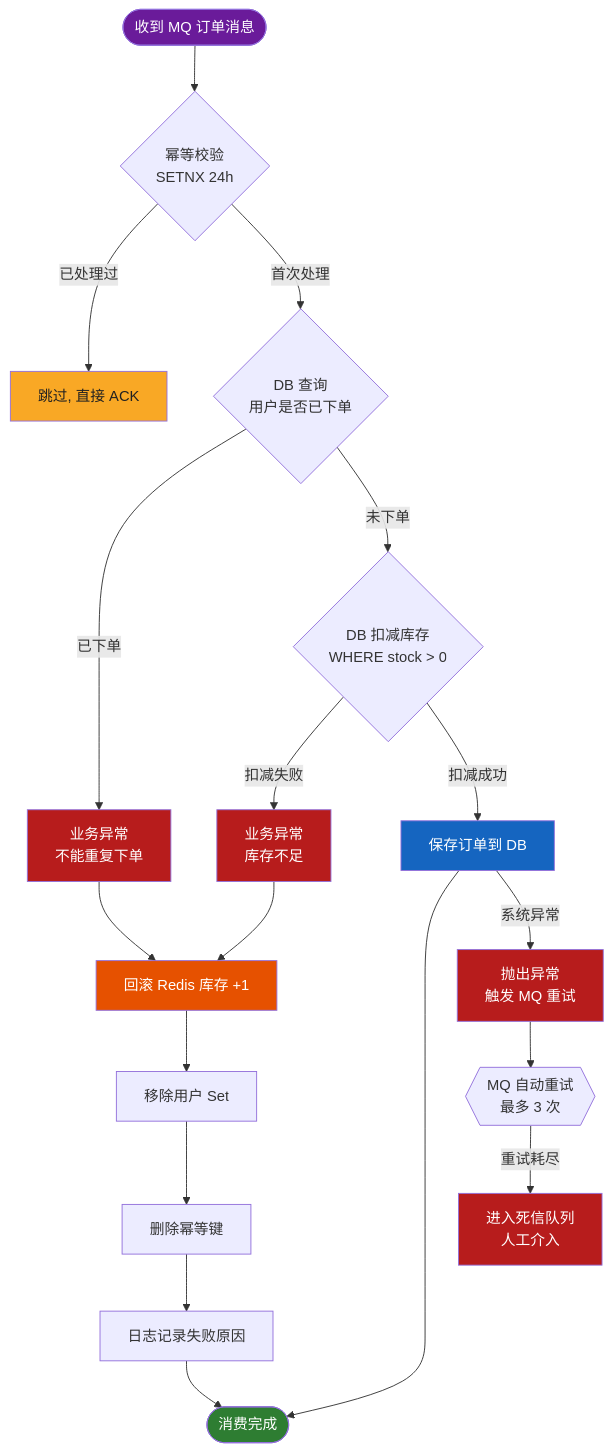
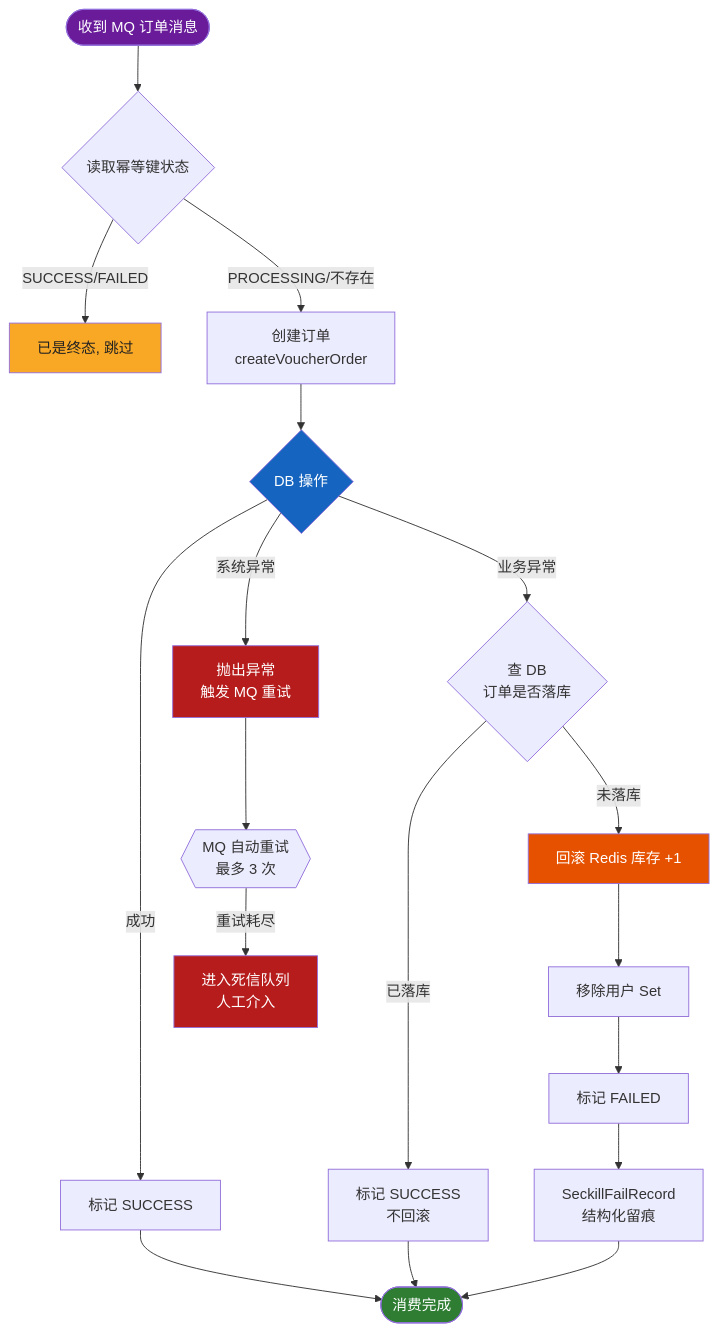
The third of 3 diagrams in README.md (Shardkiht/FlashDeal), drawn with Mermaid before and after one commit. The commit also changed other lines of this file and 7 other files, not shown here.

````diff
--- a/README.md
+++ b/README.md
@@ -175,34 +176,31 @@
 ```mermaid
 flowchart TD
-    MSG([收到 MQ 订单消息]) --> IDEM{幂等校验<br/>SETNX 24h}
-    IDEM -->|已处理过| SKIP[跳过, 直接 ACK]
-    IDEM -->|首次处理| DBCHECK{DB 查询<br/>用户是否已下单}
+    MSG([收到 MQ 订单消息]) --> STATUS{读取幂等键状态}
+    STATUS -->|SUCCESS/FAILED| SKIP[已是终态, 跳过]
+    STATUS -->|PROCESSING/不存在| CREATE[创建订单<br/>createVoucherOrder]
 
-    DBCHECK -->|已下单| BIZEX[业务异常<br/>不能重复下单]
-    DBCHECK -->|未下单| DBSTOCK{DB 扣减库存<br/>WHERE stock > 0}
+    CREATE --> DBSAVE{DB 操作}
+    DBSAVE -->|成功| MARK[标记 SUCCESS]
+    MARK --> DONE([消费完成])
 
-    DBSTOCK -->|扣减失败| BIZEX2[业务异常<br/>库存不足]
-    DBSTOCK -->|扣减成功| SAVE[保存订单到 DB]
-    SAVE --> DONE([消费完成])
+    DBSAVE -->|业务异常| CHECK{查 DB<br/>订单是否落库}
+    CHECK -->|已落库| MARK2[标记 SUCCESS<br/>不回滚]
+    MARK2 --> DONE
+    CHECK -->|未落库| RBSTOCK[回滚 Redis 库存 +1]
+    RBSTOCK --> RBUSER[移除用户 Set]
+    RBUSER --> MARKFAIL[标记 FAILED]
+    MARKFAIL --> RECORD[SeckillFailRecord<br/>结构化留痕]
+    RECORD --> DONE
 
-    BIZEX --> RBSTOCK[回滚 Redis 库存 +1]
-    BIZEX2 --> RBSTOCK
-    RBSTOCK --> RBUSER[移除用户 Set]
-    RBUSER --> DELIDEM[删除幂等键]
-    DELIDEM --> LOG[日志记录失败原因]
-    LOG --> DONE
-
-    SAVE -->|系统异常| THROW1[抛出异常<br/>触发 MQ 重试]
+    DBSAVE -->|系统异常| THROW1[抛出异常<br/>触发 MQ 重试]
     THROW1 --> RETRY{{MQ 自动重试<br/>最多 3 次}}
     RETRY -->|重试耗尽| DLQ[进入死信队列<br/>人工介入]
 
     style MSG fill:#6a1b9a,color:#fff
     style DONE fill:#2e7d32,color:#fff
     style SKIP fill:#f9a825,color:#212121
-    style BIZEX fill:#b71c1c,color:#fff
-    style BIZEX2 fill:#b71c1c,color:#fff
     style THROW1 fill:#b71c1c,color:#fff
     style DLQ fill:#b71c1c,color:#fff
     style RBSTOCK fill:#e65100,color:#fff
-    style SAVE fill:#1565c0,color:#fff
+    style DBSAVE fill:#1565c0,color:#fff
 ```
````
